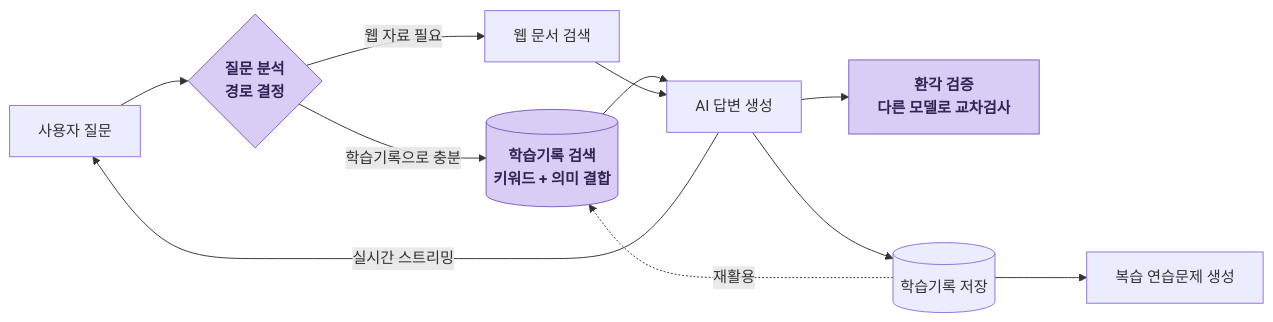
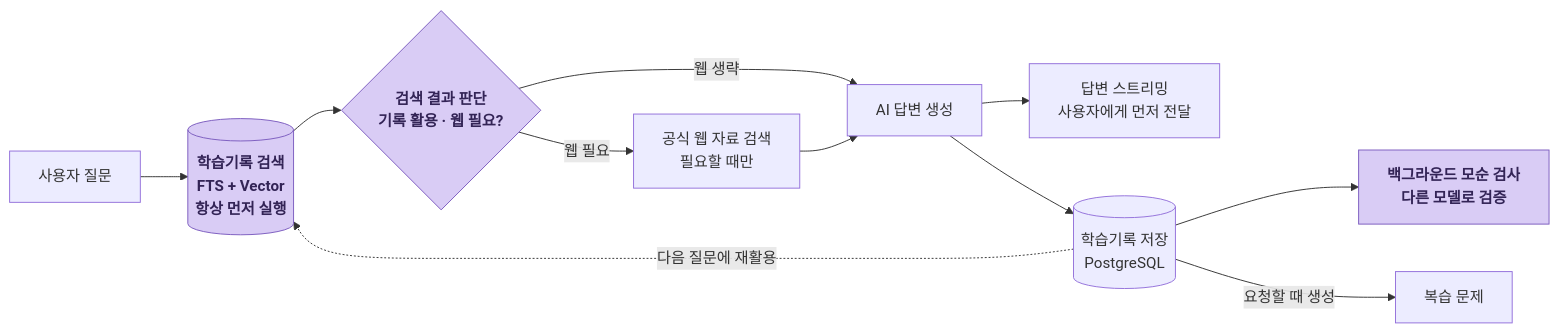
Before and after one commit to aengu/quartz-learnlog: the diagram in content/LearnLog/index.md, drawn with Mermaid. The commit also changed other lines of this file and 4 other files, not shown here.

Commit message:
Align LearnLog web architecture with portfolio slides

````diff
--- a/content/LearnLog/index.md
+++ b/content/LearnLog/index.md
@@ -30,15 +30,15 @@
 ```mermaid
 flowchart LR
-    U[사용자 질문] --> R{질문 분석<br/>경로 결정}
-    R -->|학습기록으로 충분| RAG[(학습기록 검색<br/>키워드 + 의미 결합)]
-    R -->|웹 자료 필요| T[웹 문서 검색]
-    RAG --> G[AI 답변 생성]
+    U[사용자 질문] --> RAG[(학습기록 검색<br/>FTS + Vector<br/>항상 먼저 실행)]
+    RAG --> R{검색 결과 판단<br/>기록 활용 · 웹 필요?}
+    R -->|웹 생략| G[AI 답변 생성]
+    R -->|웹 필요| T[공식 웹 자료 검색<br/>필요할 때만]
     T --> G
-    G --> J[환각 검증<br/>다른 모델로 교차검사]
-    G -->|실시간 스트리밍| U
-    G --> DB[(학습기록 저장)]
-    DB --> EX[복습 연습문제 생성]
-    DB -.->|재활용| RAG
+    G --> S[답변 스트리밍<br/>사용자에게 먼저 전달]
+    G --> DB[(학습기록 저장<br/>PostgreSQL)]
+    DB --> J[백그라운드 모순 검사<br/>다른 모델로 검증]
+    DB -->|요청할 때 생성| EX[복습 문제]
+    DB -.->|다음 질문에 재활용| RAG
     classDef key fill:#d9ccf5,stroke:#7c5cbf,color:#332456,font-weight:bold
     class R,RAG,J key
 ```
````
